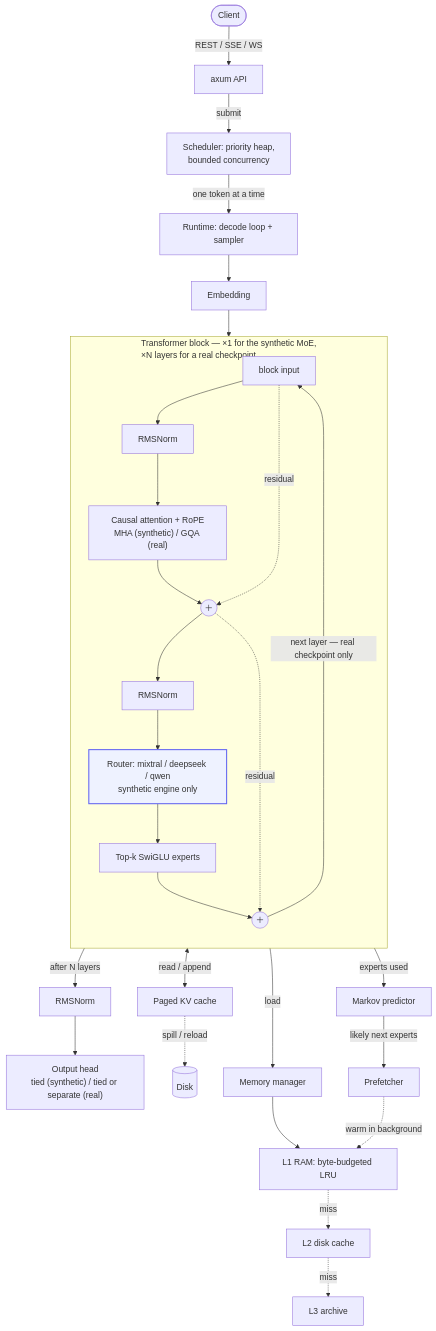
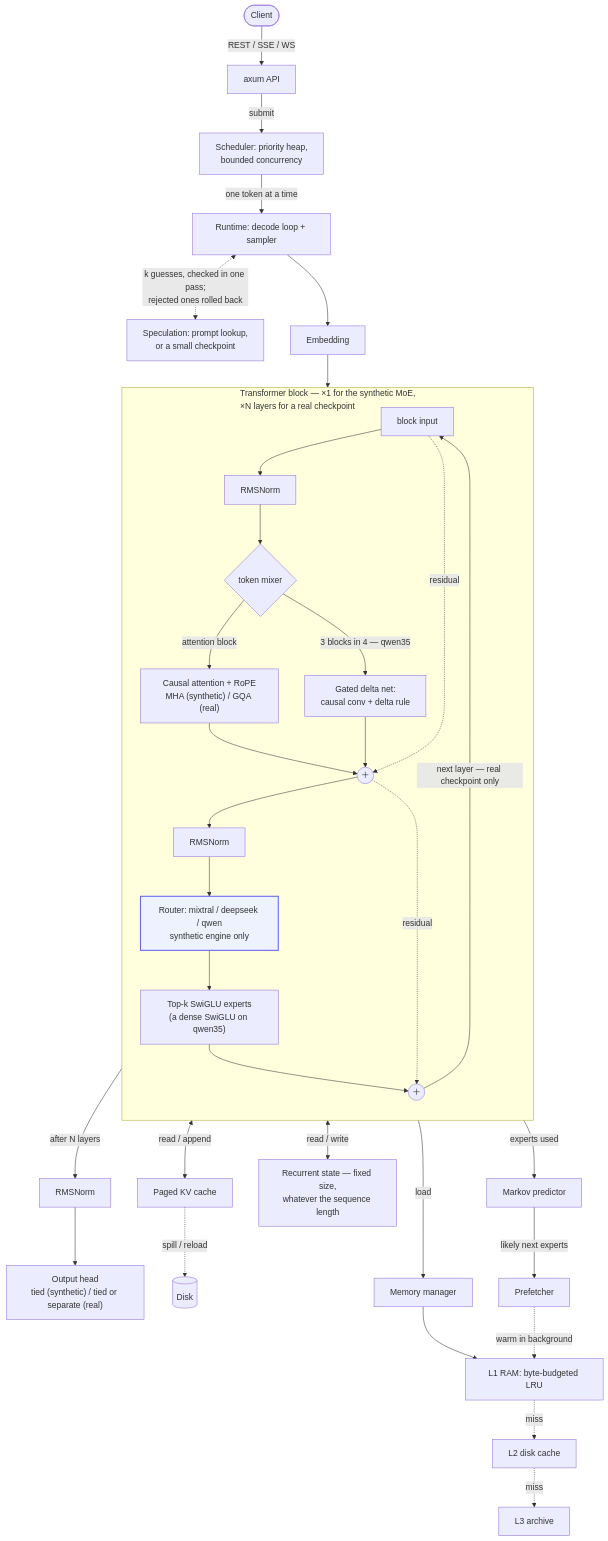
Before and after one commit to hanumanit/garuda: the first of 2 diagrams in README.md, drawn with Mermaid. The commit also changed other lines of this file, not shown here.

First line of the commit message:
docs: the architecture diagram draws what the runtime now does

````diff
--- a/README.md
+++ b/README.md
@@ -84,40 +84,45 @@
 ```mermaid
 graph TD
     Client([Client]) -->|REST / SSE / WS| API[axum API]
     API -->|submit| Sched[Scheduler: priority heap,<br/>bounded concurrency]
     Sched -->|one token at a time| RT[Runtime: decode loop + sampler]
+    RT <-.->|"k guesses, checked in one pass;<br/>rejected ones rolled back"| Spec["Speculation: prompt lookup,<br/>or a small checkpoint"]
 
     RT --> Embed[Embedding]
 
     subgraph Block["Transformer block — ×1 for the synthetic MoE,<br/>×N layers for a real checkpoint"]
         direction TB
         In[block input] --> AN[RMSNorm]
-        AN --> Attn["Causal attention + RoPE<br/>MHA (synthetic) / GQA (real)"]
+        AN --> Mix{token mixer}
+        Mix -->|attention block| Attn["Causal attention + RoPE<br/>MHA (synthetic) / GQA (real)"]
+        Mix -->|"3 blocks in 4 — qwen35"| DNet["Gated delta net:<br/>causal conv + delta rule"]
         Attn --> AR(("＋"))
+        DNet --> AR
         In -.->|residual| AR
         AR --> FN[RMSNorm]
         FN --> Router["Router: mixtral / deepseek / qwen<br/>synthetic engine only"]:::synthOnly
-        Router --> Experts[Top-k SwiGLU experts]
+        Router --> Experts["Top-k SwiGLU experts<br/>(a dense SwiGLU on qwen35)"]
         Experts --> FR(("＋"))
         AR -.->|residual| FR
     end
 
     Embed --> In
     FR -->|next layer — real checkpoint only| In
     FR -->|after N layers| ONorm[RMSNorm]
     ONorm --> Logits["Output head<br/>tied (synthetic) / tied or separate (real)"]
 
     Attn <-->|read / append| KV[Paged KV cache]
     KV -.->|spill / reload| Disk[(Disk)]
+    DNet <-->|read / write| RS["Recurrent state — fixed size,<br/>whatever the sequence length"]
 
     Experts -->|load| MM[Memory manager]
     MM --> L1[L1 RAM: byte-budgeted LRU]
     L1 -.->|miss| L2[L2 disk cache]
     L2 -.->|miss| L3[L3 archive]
 
     Experts -->|experts used| Pred[Markov predictor]
     Pred -->|likely next experts| Pre[Prefetcher]
     Pre -.->|warm in background| L1
 
     classDef synthOnly fill:#eef2ff,stroke:#6366f1,stroke-width:2px;
 ```
````
